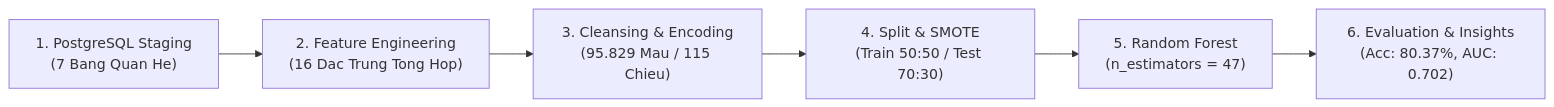
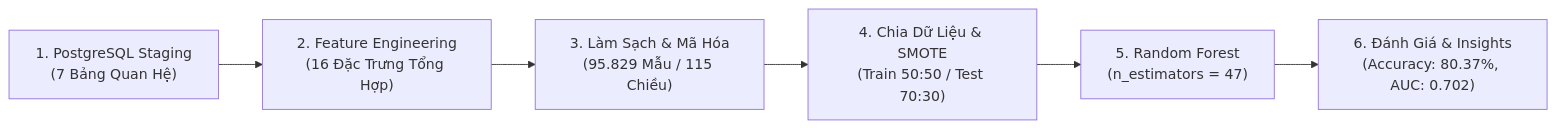
Before and after one commit to doanquangminh14/olist-ecommerce-analytics: the first of 2 diagrams in report/ml/README.md, drawn with Mermaid. The commit also changed other lines of this file and 3 other files, not shown here.

````diff
--- a/report/ml/README.md
+++ b/report/ml/README.md
@@ -57,8 +57,8 @@
 ```mermaid
 flowchart LR
-    A["1. PostgreSQL Staging\n(7 Bang Quan He)"] --> B["2. Feature Engineering\n(16 Dac Trung Tong Hop)"]
-    B --> C["3. Cleansing & Encoding\n(95.829 Mau / 115 Chieu)"]
-    C --> D["4. Split & SMOTE\n(Train 50:50 / Test 70:30)"]
+    A["1. PostgreSQL Staging\n(7 Bảng Quan Hệ)"] --> B["2. Feature Engineering\n(16 Đặc Trưng Tổng Hợp)"]
+    B --> C["3. Làm Sạch & Mã Hóa\n(95.829 Mẫu / 115 Chiều)"]
+    C --> D["4. Chia Dữ Liệu & SMOTE\n(Train 50:50 / Test 70:30)"]
     D --> E["5. Random Forest\n(n_estimators = 47)"]
-    E --> F["6. Evaluation & Insights\n(Acc: 80.37%, AUC: 0.702)"]
+    E --> F["6. Đánh Giá & Insights\n(Accuracy: 80.37%, AUC: 0.702)"]
 ```
````
